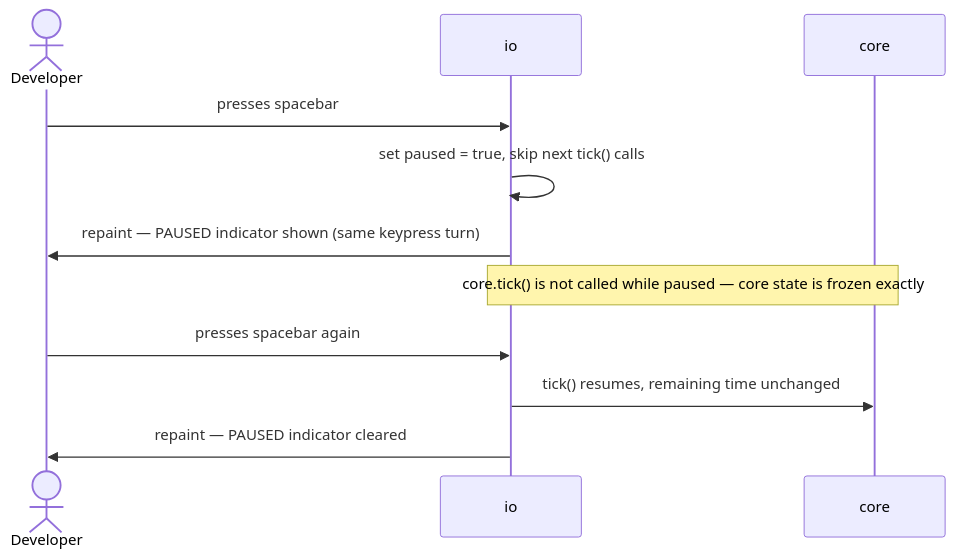
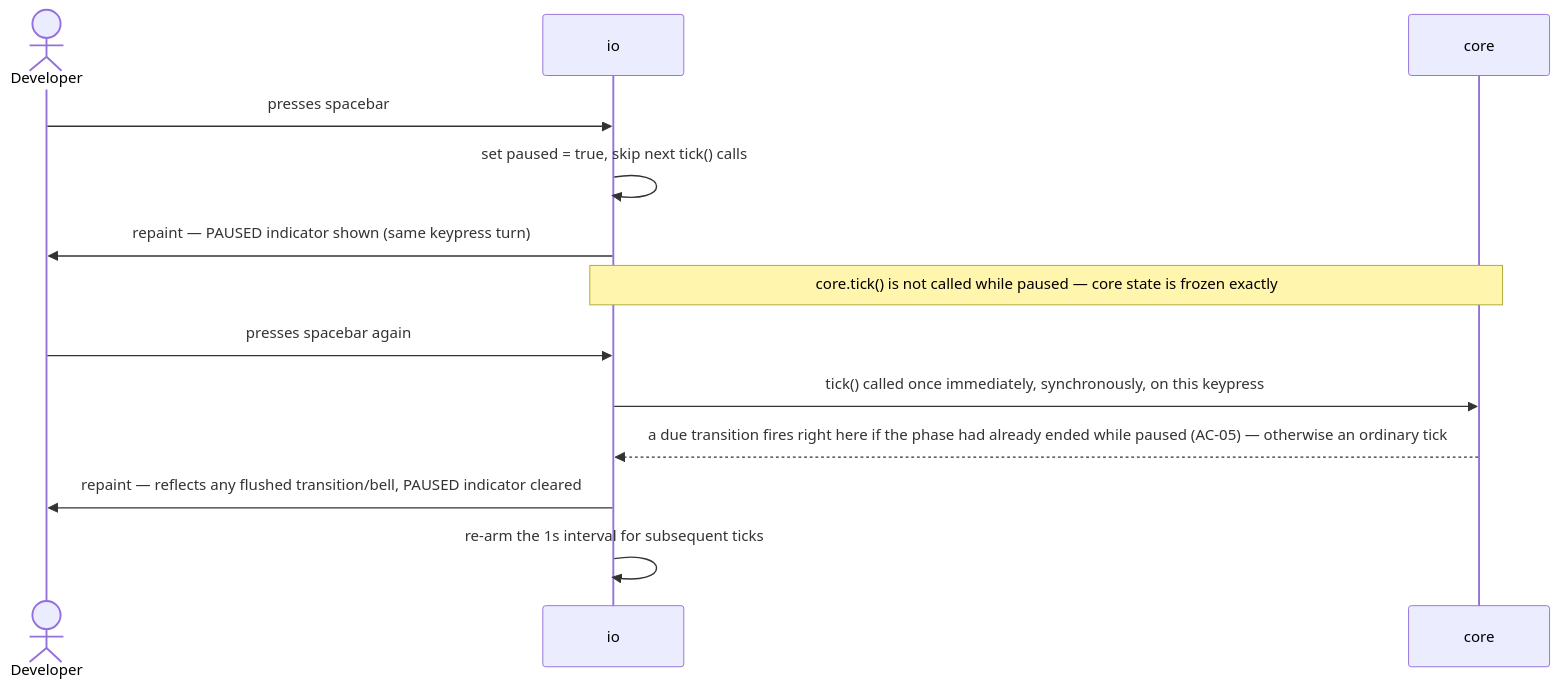
The third of 4 diagrams in docs/features/pause-resume/sad.md (yanvit/cli-pomodoro-tool), drawn with Mermaid before and after one commit. The commit also changed other lines of this file and 1 other file, not shown here.

````diff
--- a/docs/features/pause-resume/sad.md
+++ b/docs/features/pause-resume/sad.md
@@ -137,13 +137,15 @@
 ```mermaid
 sequenceDiagram
     actor Developer
     participant io
     participant core
     Developer->>io: presses spacebar
     io->>io: set paused = true, skip next tick() calls
     io->>Developer: repaint — PAUSED indicator shown (same keypress turn)
     Note over io,core: core.tick() is not called while paused — core state is frozen exactly
     Developer->>io: presses spacebar again
-    io->>core: tick() resumes, remaining time unchanged
-    io->>Developer: repaint — PAUSED indicator cleared
+    io->>core: tick() called once immediately, synchronously, on this keypress
+    core-->>io: a due transition fires right here if the phase had already ended while paused (AC-05) — otherwise an ordinary tick
+    io->>Developer: repaint — reflects any flushed transition/bell, PAUSED indicator cleared
+    io->>io: re-arm the 1s interval for subsequent ticks
 ```
````
